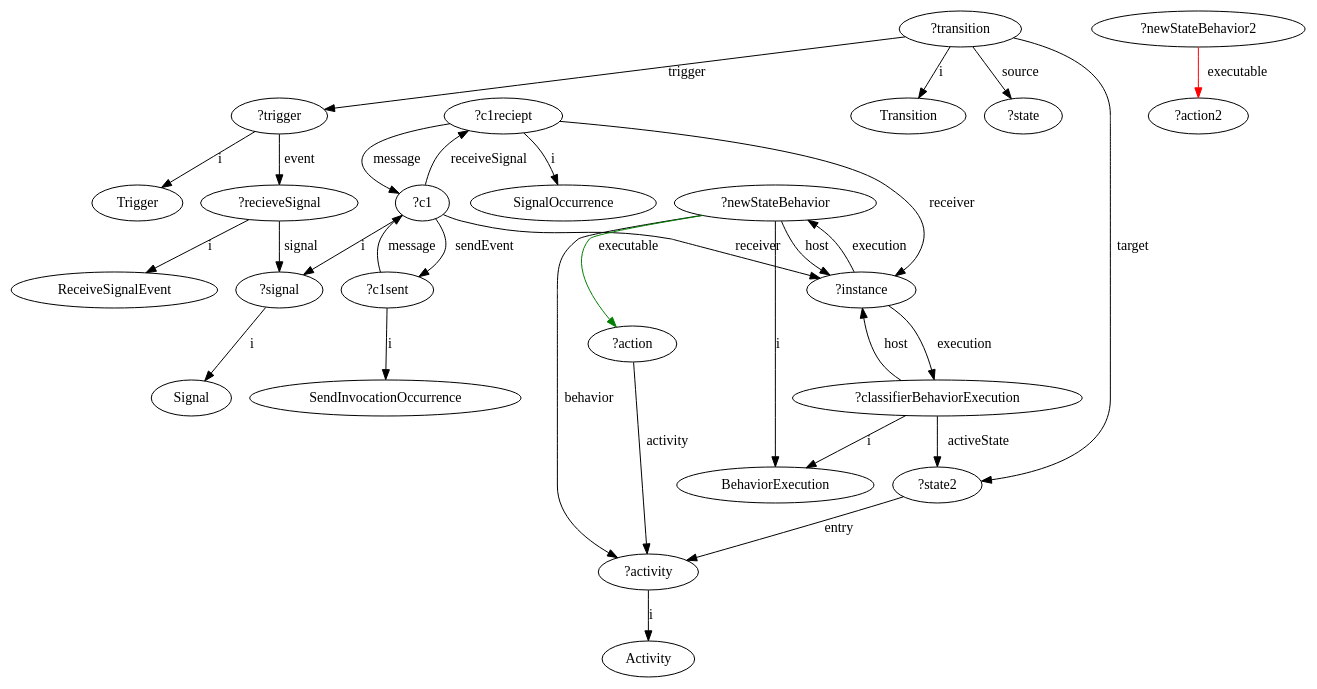
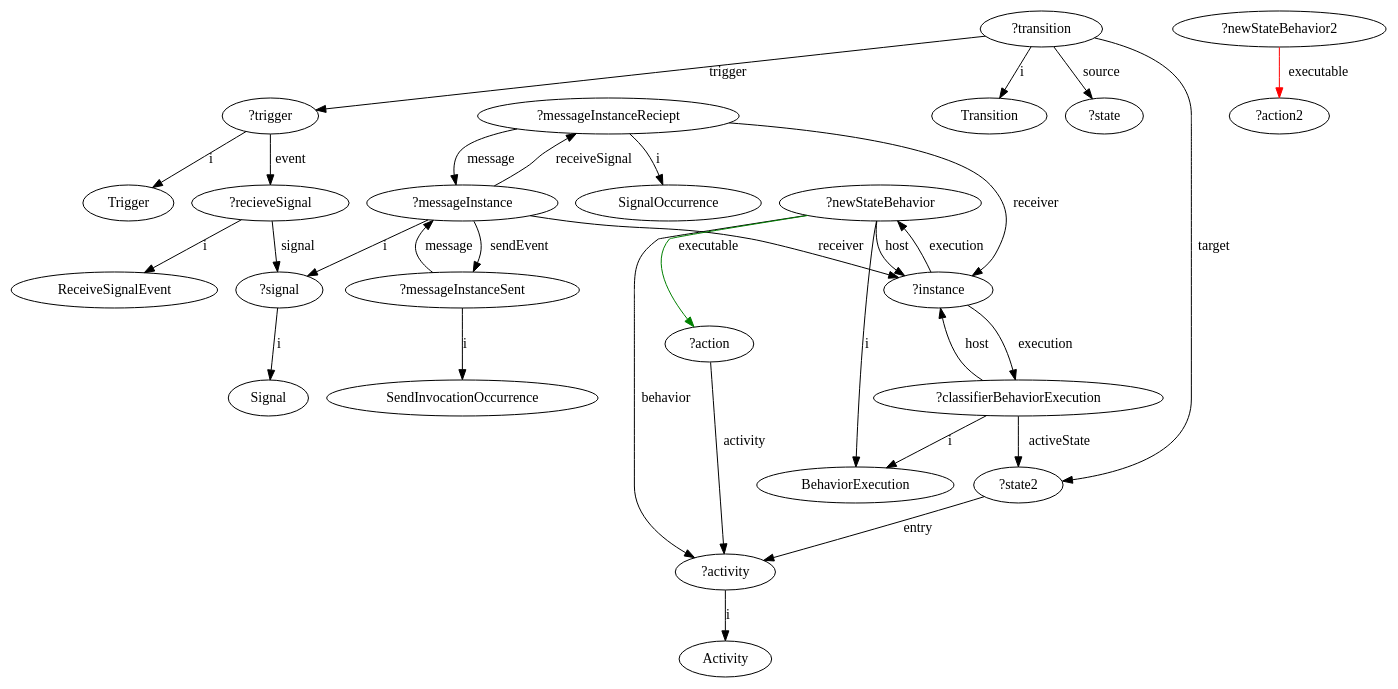
Before and after one commit to luisneiva/graf-framework: the diagram in GraphOutputs/acceptEventAction-WithActivity-ExecutableEdges.dot, drawn with Graphviz. The commit also changed 28 other files, not shown here.

```diff
--- a/GraphOutputs/acceptEventAction-WithActivity-ExecutableEdges.dot
+++ b/GraphOutputs/acceptEventAction-WithActivity-ExecutableEdges.dot
@@ -1,33 +1,33 @@
 digraph acceptEventAction_WithActivity_ExecutableEdges {
 	"?signal" -> "Signal" [label="i"]
 	"?recieveSignal" -> "?signal" [label="signal"]
 	"?trigger" -> "?recieveSignal" [label="event"]
 	"?recieveSignal" -> "ReceiveSignalEvent" [label="i"]
 	"?trigger" -> "Trigger" [label="i"]
 	"?transition" -> "Transition" [label="i"]
 	"?transition" -> "?trigger" [label="trigger"]
 	"?transition" -> "?state" [label="source"]
 	"?transition" -> "?state2" [label="target"]
 	"?classifierBehaviorExecution" -> "BehaviorExecution" [label="i"]
 	"?classifierBehaviorExecution" -> "?instance" [label="host"]
 	"?instance" -> "?classifierBehaviorExecution" [label="execution"]
-	"?c1reciept" -> "?instance" [label="receiver"]
-	"?c1reciept" -> "SignalOccurrence" [label="i"]
-	"?c1" -> "?instance" [label="receiver"]
-	"?c1sent" -> "?c1" [label="message"]
-	"?c1" -> "?c1sent" [label="sendEvent"]
-	"?c1sent" -> "SendInvocationOccurrence" [label="i"]
-	"?c1" -> "?c1reciept" [label="receiveSignal"]
-	"?c1" -> "?signal" [label="i"]
+	"?messageInstanceReciept" -> "?instance" [label="receiver"]
+	"?messageInstanceReciept" -> "SignalOccurrence" [label="i"]
+	"?messageInstance" -> "?instance" [label="receiver"]
+	"?messageInstanceSent" -> "?messageInstance" [label="message"]
+	"?messageInstance" -> "?messageInstanceSent" [label="sendEvent"]
+	"?messageInstanceSent" -> "SendInvocationOccurrence" [label="i"]
+	"?messageInstance" -> "?messageInstanceReciept" [label="receiveSignal"]
+	"?messageInstance" -> "?signal" [label="i"]
 	"?classifierBehaviorExecution" -> "?state2" [label="activeState"]
-	"?c1reciept" -> "?c1" [label="message"]
+	"?messageInstanceReciept" -> "?messageInstance" [label="message"]
 	"?activity" -> "Activity" [label="i"]
 	"?state2" -> "?activity" [label="entry"]
 	"?newStateBehavior" -> "?activity" [label="behavior"]
 	"?newStateBehavior" -> "BehaviorExecution" [label="i"]
 	"?newStateBehavior" -> "?instance" [label="host"]
 	"?instance" -> "?newStateBehavior" [label="execution"]
 	"?action" -> "?activity" [label="activity"]
 	"?newStateBehavior" -> "?action" [label="executable", color="green"]
 	"?newStateBehavior2" -> "?action2" [label="executable", color="red"]
 }
```
